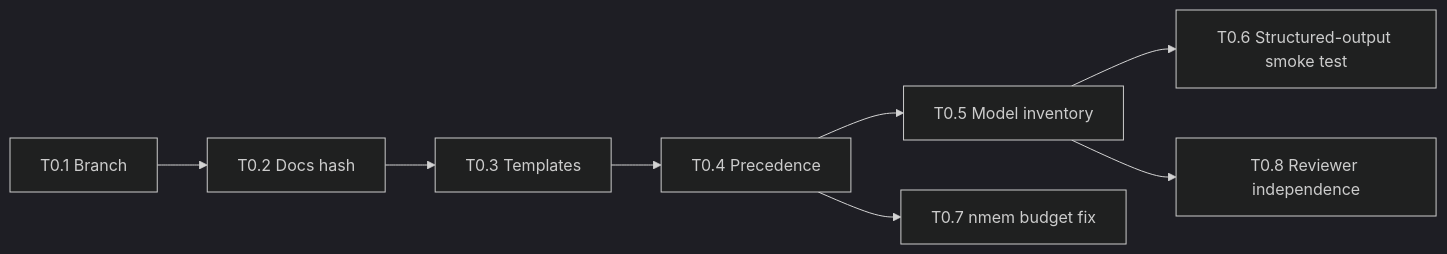
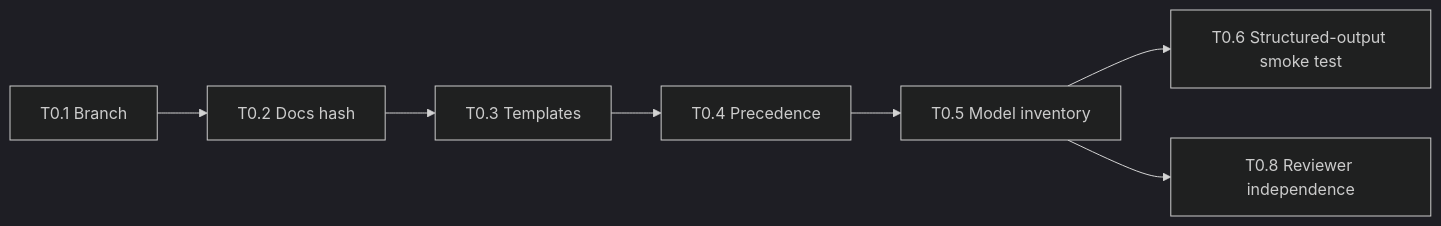
Before and after one commit to emliunix/paperfs.rs: the second of 12 diagrams in worklog/2026-11-19/todo.md, drawn with Mermaid (dark theme). The commit also changed other lines of this file and 1 other file, not shown here.

Commit message:
docs(pg): apply discussion corrections - nmem out of scope, reliability testing, typed stages

```diff
--- a/worklog/2026-11-19/todo.md
+++ b/worklog/2026-11-19/todo.md
@@ -167,8 +167,7 @@
 ~~~mermaid
 flowchart LR
   T0_1["T0.1 Branch"] --> T0_2["T0.2 Docs hash"] --> T0_3["T0.3 Templates"] --> T0_4["T0.4 Precedence"]
   T0_4 --> T0_5["T0.5 Model inventory"]
   T0_5 --> T0_6["T0.6 Structured-output smoke test"]
-  T0_4 --> T0_7["T0.7 nmem budget fix"]
   T0_5 --> T0_8["T0.8 Reviewer independence"]
 ~~~
```
